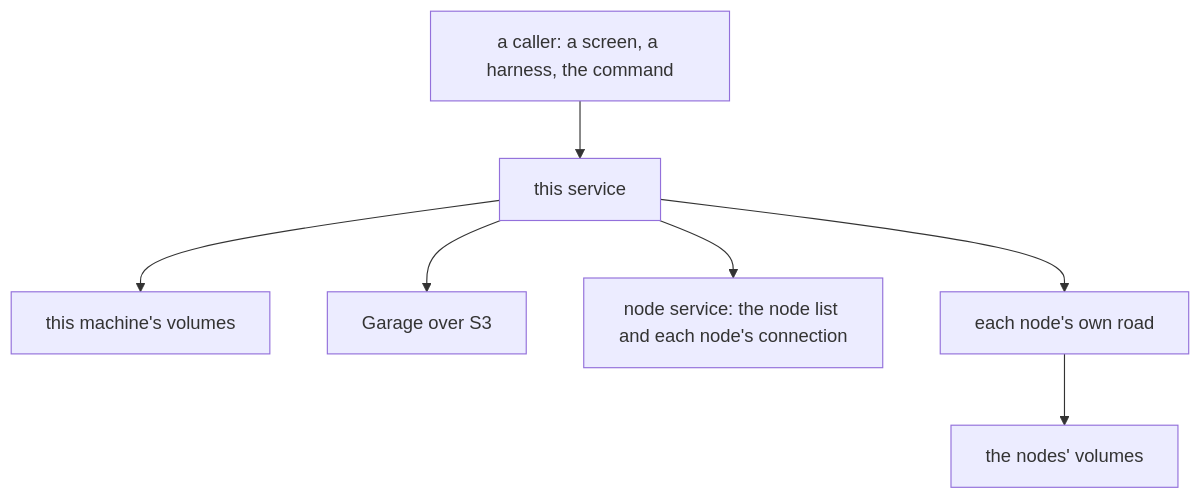
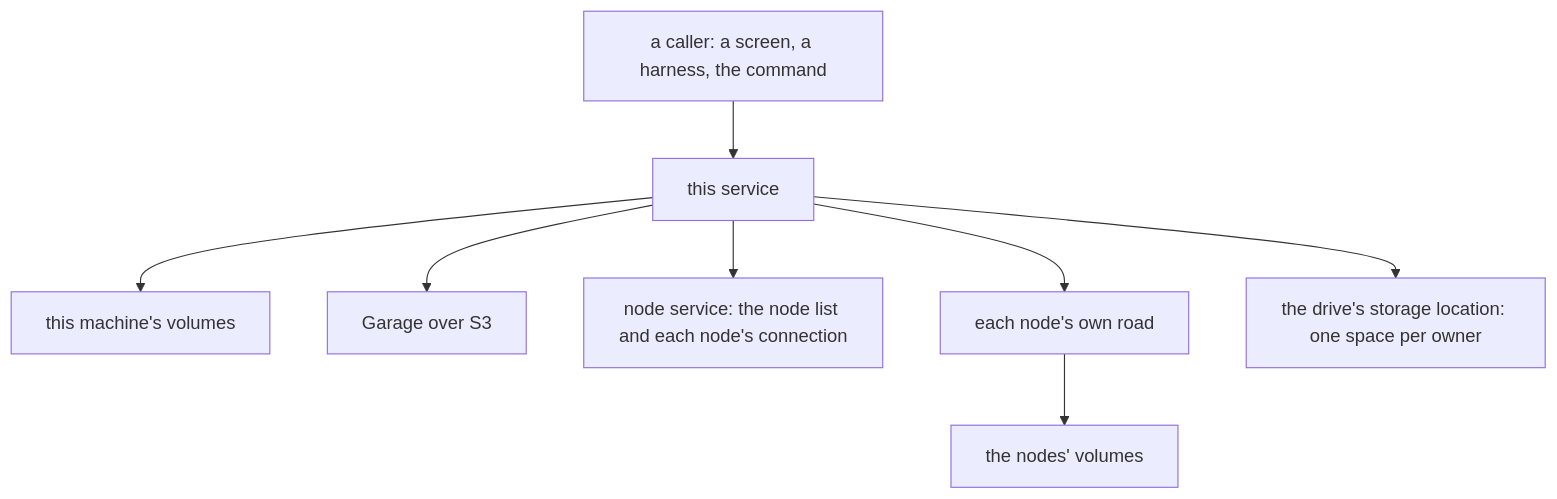
Before and after one commit to ahas/bmo-drive: the first of 2 diagrams in docs/files.md, drawn with Mermaid. The commit also changed other lines of this file and 36 other files, not shown here.

First line of the commit message:
Give each owner a drive space with its quota, and the machines to the administrator

````diff
--- a/docs/files.md
+++ b/docs/files.md
@@ -14,9 +15,10 @@
 ```mermaid
 flowchart TD
   Caller[a caller: a screen, a harness, the command] --> Drive[this service]
   Drive --> Disks[this machine's volumes]
   Drive --> Garage[Garage over S3]
   Drive --> Node[node service: the node list and each node's connection]
   Drive --> Roads[each node's own road]
   Roads --> Nodes[the nodes' volumes]
+  Drive --> Storage[the drive's storage location: one space per owner]
 ```
````
